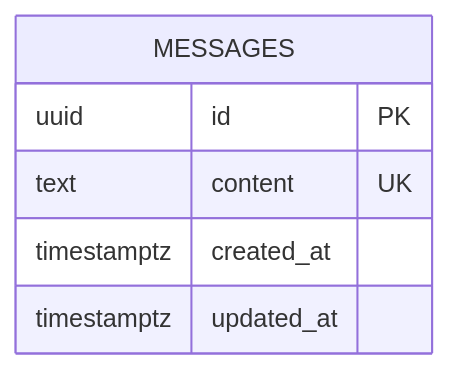
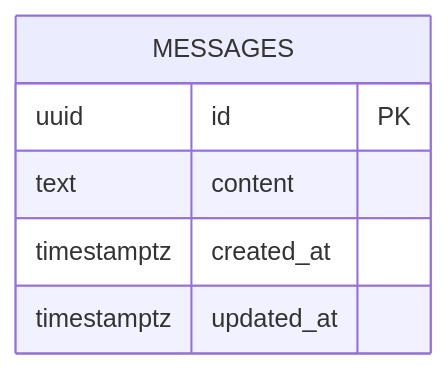
One commit to ThanhNV121097/project-50ad6ab0 changed the diagram in docs/architecture/erd.md. Above: the diagram before and after it, drawn with Mermaid. The commit also changed other lines of this file, not shown here.

Commit message:
docs: extend ERD for store and serve message

````diff
--- a/docs/architecture/erd.md
+++ b/docs/architecture/erd.md
@@ -13,9 +17,9 @@
 ```mermaid
 erDiagram
     MESSAGES {
         uuid id PK
-        text content UK
+        text content
         timestamptz created_at
         timestamptz updated_at
     }
 ```
````
